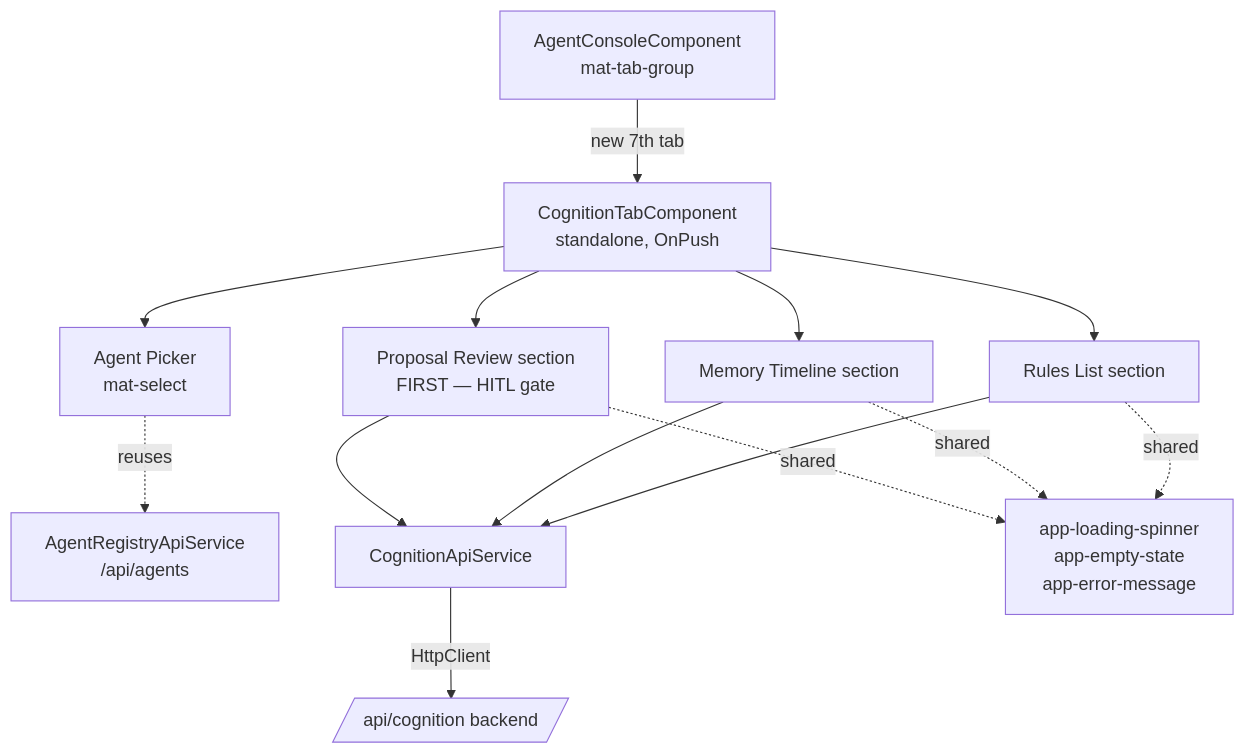
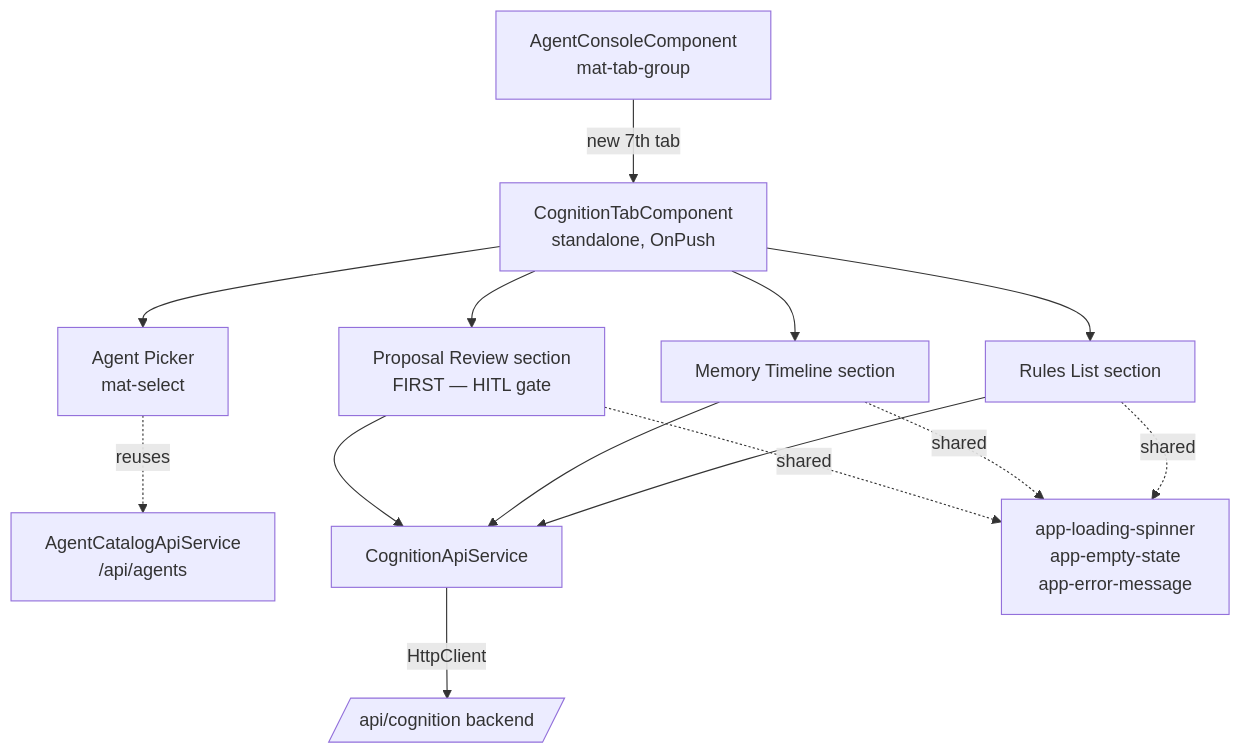
One commit to brandonkindred/Khala-Agentic-AI-Teams changed the first of 2 diagrams in user-interface/src/app/components/agent-console/cognition-tab/DESIGN.md. Above: the diagram before and after it, drawn with Mermaid. The commit also changed other lines of this file and 10 other files, not shown here.

````diff
--- a/user-interface/src/app/components/agent-console/cognition-tab/DESIGN.md
+++ b/user-interface/src/app/components/agent-console/cognition-tab/DESIGN.md
@@ -21,18 +21,18 @@
 ```mermaid
 graph TD
     AC[AgentConsoleComponent<br/>mat-tab-group] -->|new 7th tab| CT[CognitionTabComponent<br/>standalone, OnPush]
     CT --> AP[Agent Picker<br/>mat-select]
     CT --> PR[Proposal Review section<br/>FIRST — HITL gate]
     CT --> MT[Memory Timeline section]
     CT --> RL[Rules List section]
 
-    AP -.reuses.-> ARS[AgentRegistryApiService<br/>/api/agents]
+    AP -.reuses.-> ARS[AgentCatalogApiService<br/>/api/agents]
     PR --> CAS[CognitionApiService]
     MT --> CAS
     RL --> CAS
     CAS -->|HttpClient| API[/api/cognition backend/]
 
     PR -.shared.-> SH[app-loading-spinner<br/>app-empty-state<br/>app-error-message]
     MT -.shared.-> SH
     RL -.shared.-> SH
 ```
````
